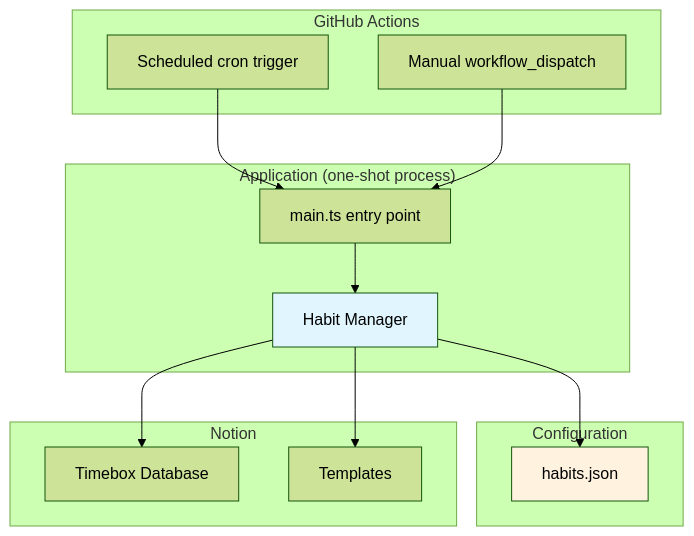
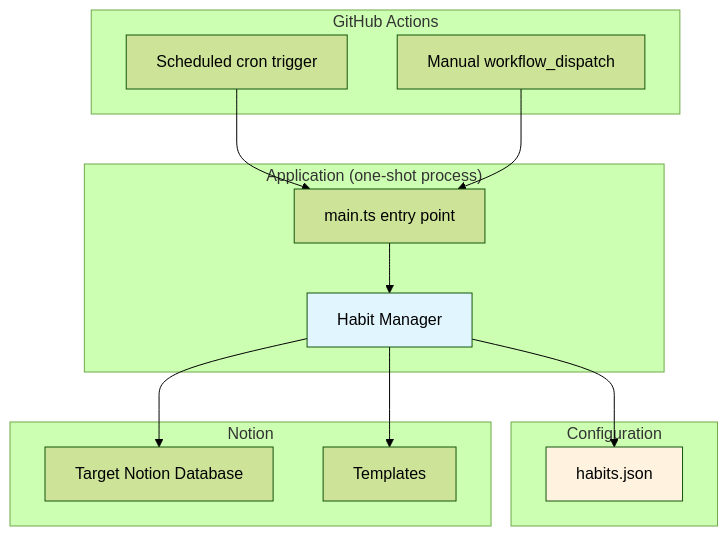
Before and after one commit to argondev22/notion-automatic-habits-insert: the diagram in .kiro/specs/template-based-habit-scheduler/design.md, drawn with Mermaid (forest theme). The commit also changed other lines of this file and 16 other files, not shown here.

````diff
--- a/.kiro/specs/template-based-habit-scheduler/design.md
+++ b/.kiro/specs/template-based-habit-scheduler/design.md
@@ -20,31 +20,31 @@
 ```mermaid
 graph TB
     subgraph "GitHub Actions"
         CRON[Scheduled cron trigger]
         MANUAL[Manual workflow_dispatch]
     end
 
     subgraph "Application (one-shot process)"
         MAIN[main.ts entry point]
         HM[Habit Manager]
     end
 
     subgraph "Configuration"
         CONFIG[habits.json]
     end
 
     subgraph "Notion"
-        TD[Timebox Database]
+        TD[Target Notion Database]
         TEMPLATES[Templates]
     end
 
     CRON --> MAIN
     MANUAL --> MAIN
     MAIN --> HM
     HM --> CONFIG
     HM --> TD
     HM --> TEMPLATES
 
     style HM fill:#e1f5fe
     style CONFIG fill:#fff3e0
 ```
````
